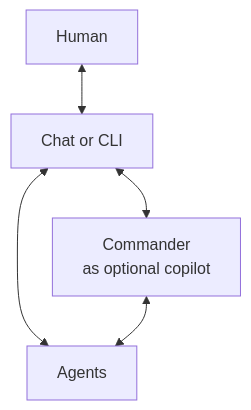
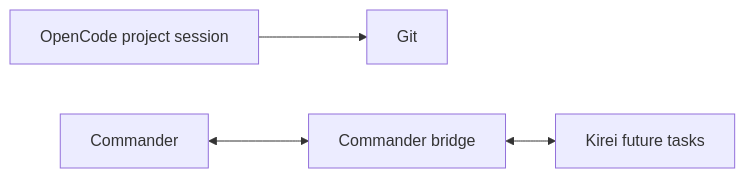
The diagram in README.md (swiknaba/digitaltwin), drawn with Mermaid before and after one commit. The commit also changed other lines of this file and 9 other files, not shown here.

````diff
--- a/README.md
+++ b/README.md
@@ -16,12 +11,6 @@
 ```mermaid
-flowchart TD
-  human[Human]
-  access[Chat or CLI]
-  commander[Commander<br/> as optional copilot]
-  agents[Agents]
-
-  human <--> access
-  access <--> agents
-  access <--> commander
-  commander <--> agents
+flowchart LR
+  project[OpenCode project session] --> git[Git]
+  commander[Commander] <--> bridge[Commander bridge]
+  bridge <--> kirei[Kirei future tasks]
 ```
````
